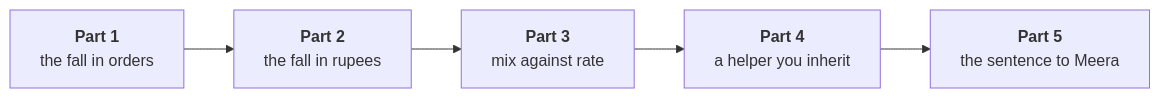
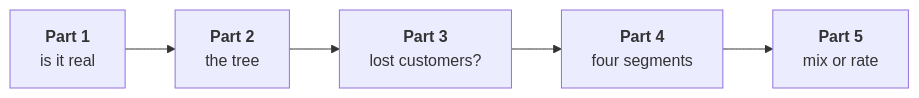
The diagram in content/W01/D2/exercises/unguided/C2_W01_D02_escalated_case_STUDENT.md (fde-academy-lab/c2-content-factory), drawn with Mermaid before and after one commit. The commit also changed other lines of this file and 27 other files, not shown here.

````diff
--- a/content/W01/D2/exercises/unguided/C2_W01_D02_escalated_case_STUDENT.md
+++ b/content/W01/D2/exercises/unguided/C2_W01_D02_escalated_case_STUDENT.md
@@ -24,7 +21,7 @@
 ```mermaid
 flowchart LR
-    P1["<b>Part 1</b><br/>the fall in orders"] --> P2["<b>Part 2</b><br/>the fall in rupees"]
-    P2 --> P3["<b>Part 3</b><br/>mix against rate"]
-    P3 --> P4["<b>Part 4</b><br/>a helper you inherit"]
-    P4 --> P5["<b>Part 5</b><br/>the sentence to Meera"]
+    P1["<b>Part 1</b><br/>is it real"] --> P2["<b>Part 2</b><br/>the tree"]
+    P2 --> P3["<b>Part 3</b><br/>lost customers?"]
+    P3 --> P4["<b>Part 4</b><br/>four segments"]
+    P4 --> P5["<b>Part 5</b><br/>mix or rate"]
 ```
````
